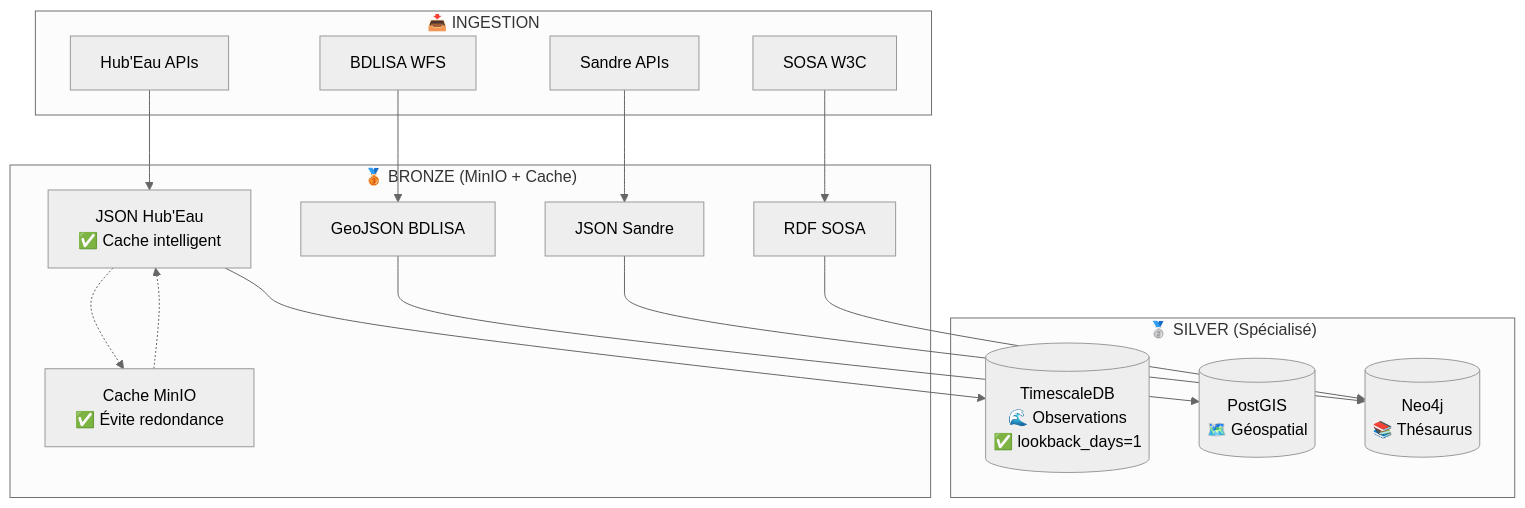
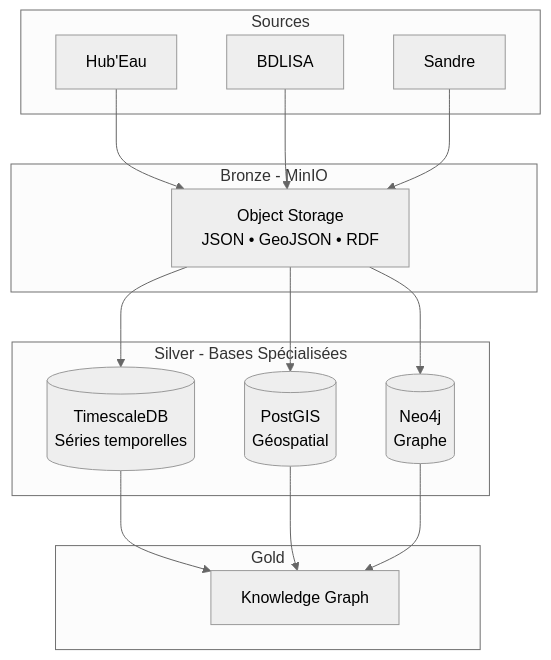
The diagram in docs/DATA_STORAGE_STRATEGY.md (xairon/hubeau_data_integration), drawn with Mermaid (neutral theme) before and after one commit. The commit also changed other lines of this file and 22 other files, not shown here.

````diff
--- a/docs/DATA_STORAGE_STRATEGY.md
+++ b/docs/DATA_STORAGE_STRATEGY.md
@@ -9,30 +9,32 @@
 ```mermaid
 graph TB
-    subgraph "📥 INGESTION"
-        H1[Hub'Eau APIs] 
-        H2[BDLISA WFS]
-        H3[Sandre APIs]
-        H4[SOSA W3C]
+    subgraph Sources["Sources"]
+        H[Hub'Eau]
+        B[BDLISA]
+        S[Sandre]
     end
     
-    subgraph "🥉 BRONZE (MinIO + Cache)"
-        B1[JSON Hub'Eau<br/>✅ Cache intelligent]
-        B2[GeoJSON BDLISA] 
-        B3[JSON Sandre]
-        B4[RDF SOSA]
-        CACHE[Cache MinIO<br/>✅ Évite redondance]
+    subgraph Bronze["Bronze - MinIO"]
+        M[Object Storage<br/>JSON • GeoJSON • RDF]
     end
     
-    subgraph "🥈 SILVER (Spécialisé)"
-        TS[(TimescaleDB<br/>🌊 Observations<br/>✅ lookback_days=1)]
-        PG[(PostGIS<br/>🗺️ Géospatial)]
-        N4[(Neo4j<br/>📚 Thésaurus)]
+    subgraph Silver["Silver - Bases Spécialisées"]
+        TS[(TimescaleDB<br/>Séries temporelles)]
+        PG[(PostGIS<br/>Géospatial)]
+        N4[(Neo4j<br/>Graphe)]
     end
     
-    H1 --> B1 --> TS
-    H2 --> B2 --> PG
-    H3 --> B3 --> N4
-    H4 --> B4 --> N4
-    B1 -.-> CACHE
-    CACHE -.-> B1
+    subgraph Gold["Gold"]
+        KG[Knowledge Graph]
+    end
+    
+    H --> M
+    B --> M
+    S --> M
+    M --> TS
+    M --> PG
+    M --> N4
+    TS --> KG
+    PG --> KG
+    N4 --> KG
 ```
````
